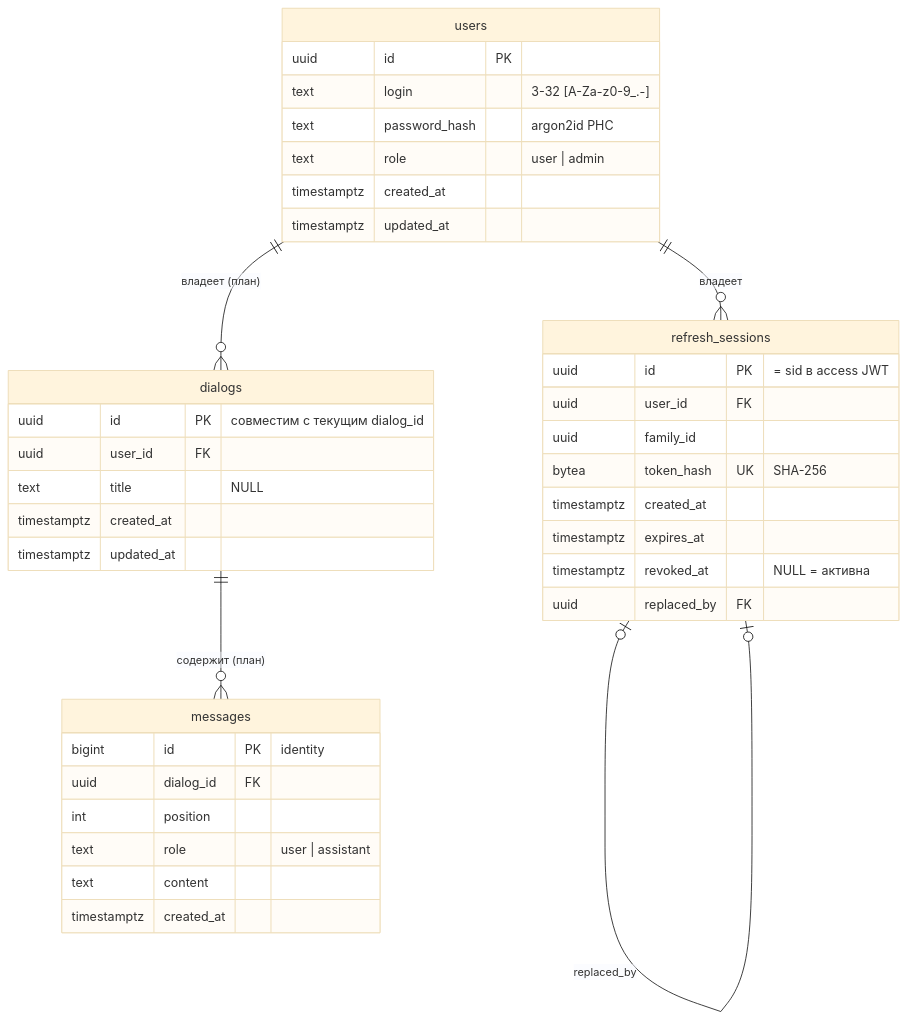
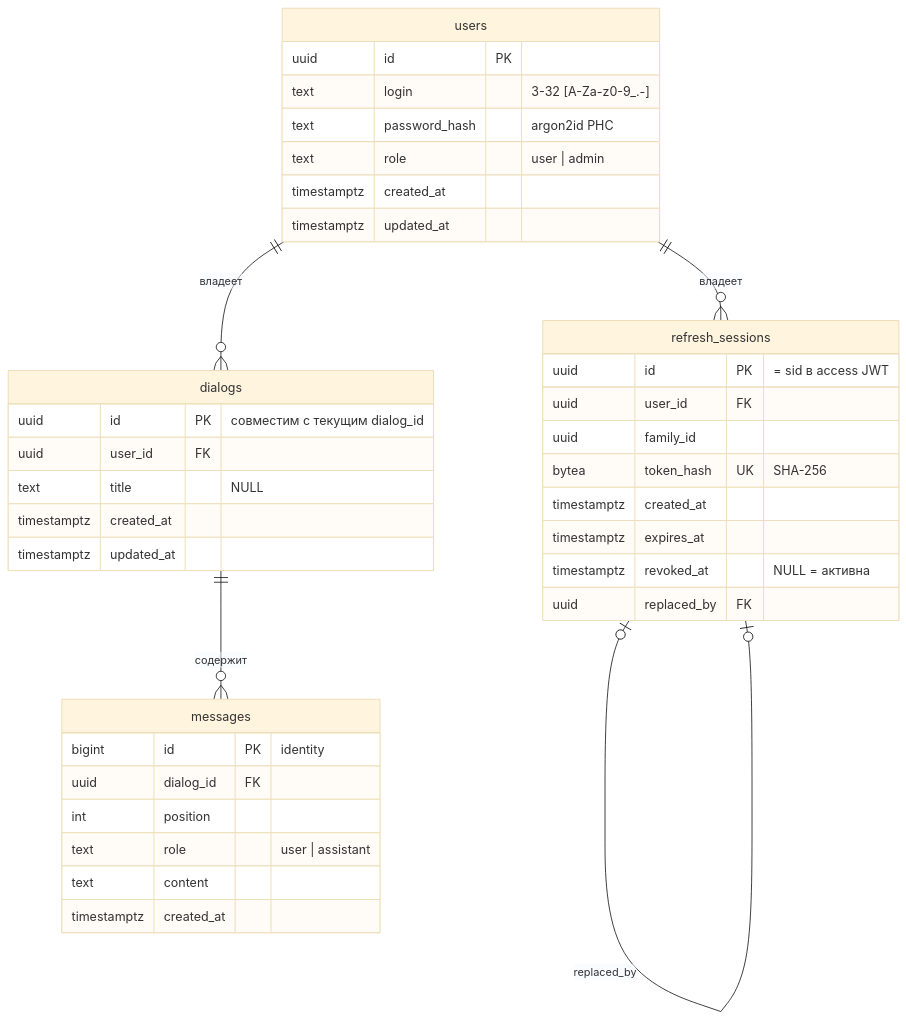
One commit to Nisakoo/BMSTU-NIRS changed the diagram in docs/database.md. Above: the diagram before and after it, drawn with Mermaid (base theme). The commit also changed other lines of this file and 37 other files, not shown here.

````diff
--- a/docs/database.md
+++ b/docs/database.md
@@ -35,41 +37,41 @@
 ```mermaid
 erDiagram
     users ||--o{ refresh_sessions : "владеет"
-    users ||--o{ dialogs : "владеет (план)"
-    dialogs ||--o{ messages : "содержит (план)"
+    users ||--o{ dialogs : "владеет"
+    dialogs ||--o{ messages : "содержит"
     refresh_sessions |o--o| refresh_sessions : "replaced_by"
 
     users {
         uuid id PK
         text login "3-32 [A-Za-z0-9_.-]"
         text password_hash "argon2id PHC"
         text role "user | admin"
         timestamptz created_at
         timestamptz updated_at
     }
     refresh_sessions {
         uuid id PK "= sid в access JWT"
         uuid user_id FK
         uuid family_id
         bytea token_hash UK "SHA-256"
         timestamptz created_at
         timestamptz expires_at
         timestamptz revoked_at "NULL = активна"
         uuid replaced_by FK
     }
     dialogs {
         uuid id PK "совместим с текущим dialog_id"
         uuid user_id FK
         text title "NULL"
         timestamptz created_at
         timestamptz updated_at
     }
     messages {
         bigint id PK "identity"
         uuid dialog_id FK
         int position
         text role "user | assistant"
         text content
         timestamptz created_at
     }
 ```
````
